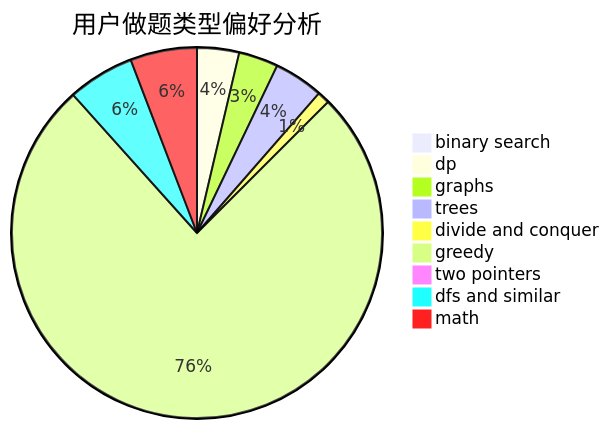
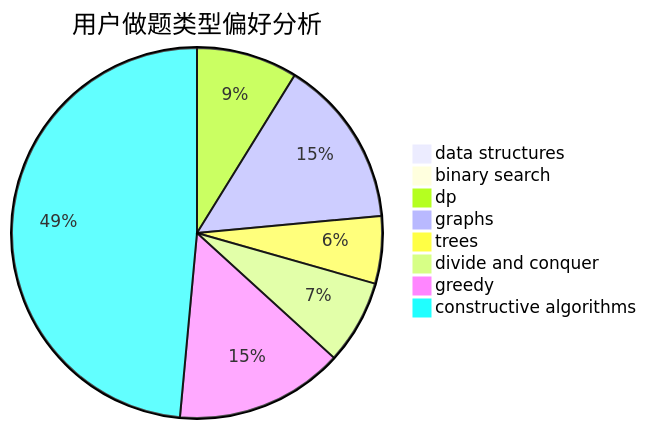
The second of 3 diagrams in docs/user/u766.md (sherpahu/cfrs.github.io), drawn with Mermaid before and after one commit. The commit also changed other lines of this file and 2775 other files, not shown here.

````diff
--- a/docs/user/u766.md
+++ b/docs/user/u766.md
@@ -23,12 +23,11 @@
 ```mermaid
 pie title 用户做题类型偏好分析
+    "data structures" :  0
     "binary search" :  0
-    "dp" :  17
-    "graphs" :  16
-    "trees" :  20
+    "dp" :  6
+    "graphs" :  10
+    "trees" :  4
     "divide and conquer" :  5
-    "greedy" :  352
-    "two pointers" :  0
-    "dfs and similar" :  27
-    "math" :  27
+    "greedy" :  10
+    "constructive algorithms" :  33
 ```
````
